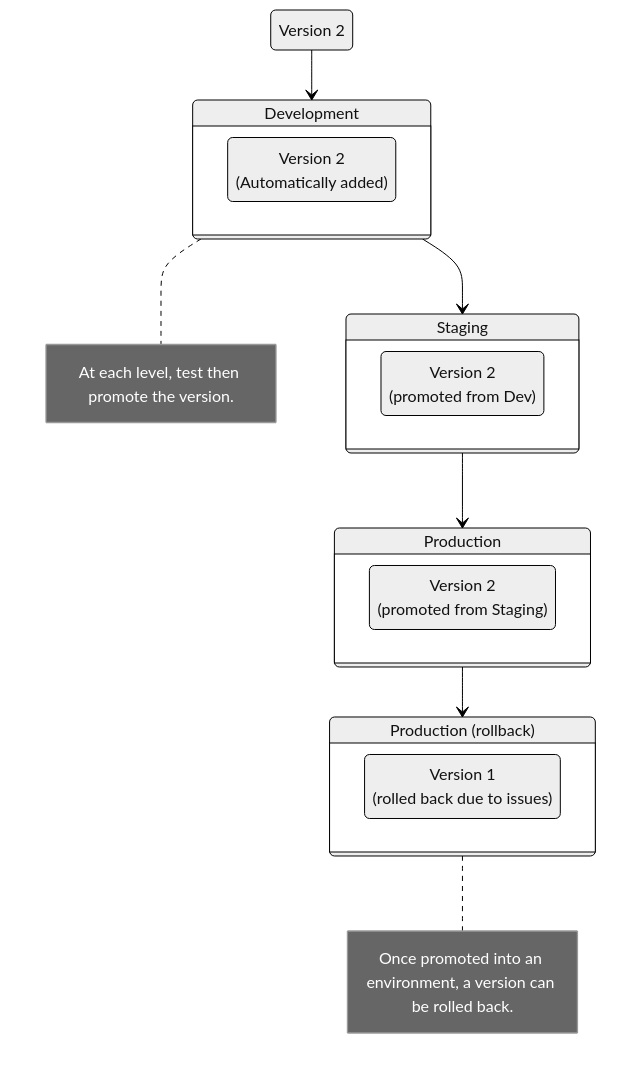
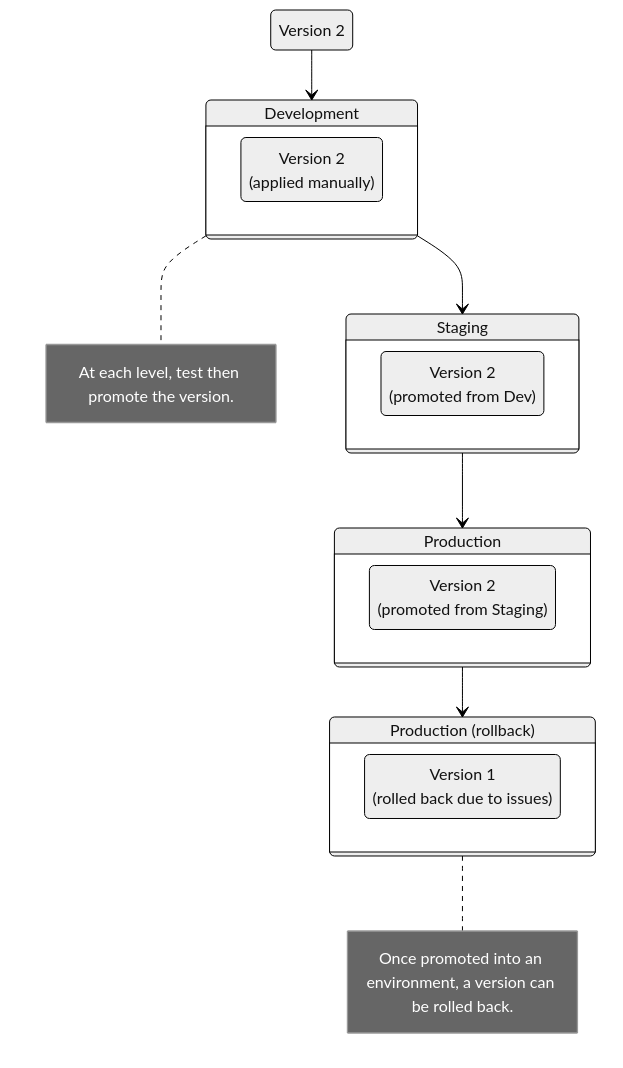
Before and after one commit to cloudflare/cloudflare-docs: the diagram in content/version-management/about.md, drawn with Mermaid (neutral theme). The commit also changed other lines of this file and 8 other files, not shown here.

```diff
--- a/content/version-management/about.md
+++ b/content/version-management/about.md
@@ -11,31 +11,31 @@
 <div class="mermaid">
 stateDiagram-v2
     V2: Version 2
-    V22: Version 2 <br/>(Automatically added)
+    V22: Version 2 <br/>(applied manually)
     V23: Version 2 <br/>(promoted from Dev)
     V24: Version 2 <br/>(promoted from Staging)
     Revert: Production (rollback)
     V1: Version 1 <br/>(rolled back due to issues)
     V2 --> Development
     Development --> Staging
     Staging --> Production
     Production --> Revert
     state Development {
         V22
     }
     note right of Development
             At each level, test then promote the version.
         end note
     state Staging {
         V23
     }
     state Production {
         V24
     }
     state Revert {
         V1
     }
     note right of Revert
             Once promoted into an environment, a version can be rolled back.
         end note
 </div>
```
